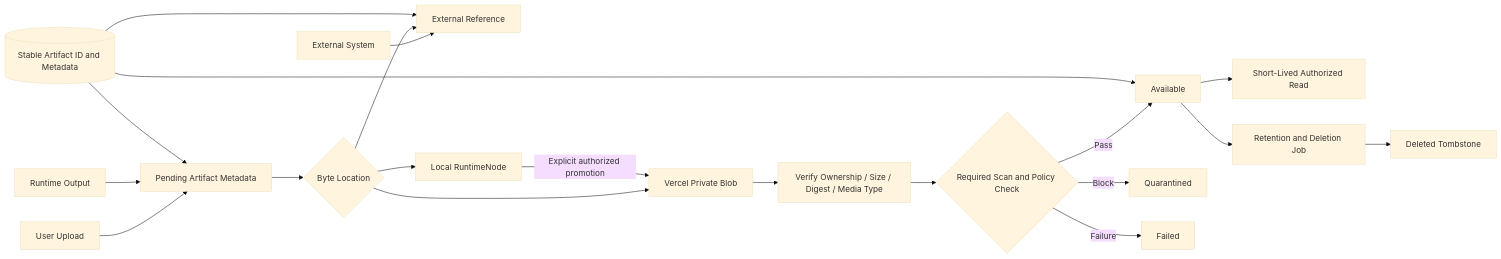
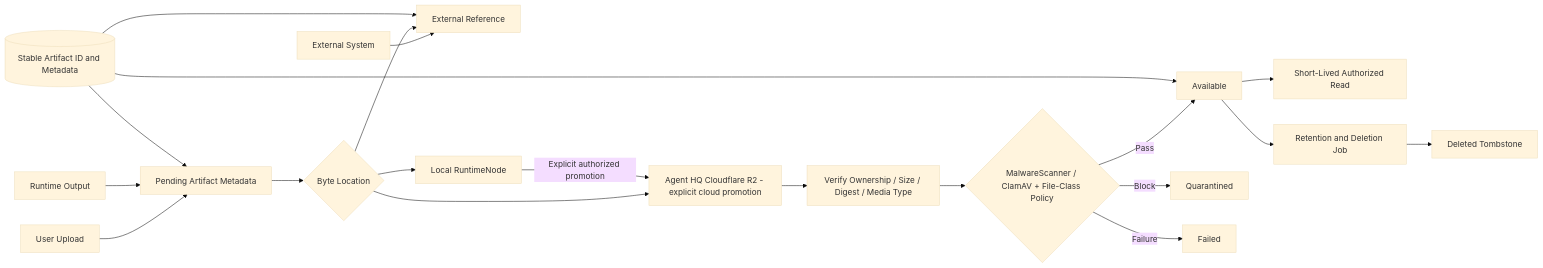
Before and after one commit to adea-ai/adea: diagram 17 of 18 in docs/architecture/diagram-sources.md, drawn with Mermaid (base theme). The commit also changed other lines of this file, not shown here.

Commit message:
docs: reconcile Agent HQ architecture diagrams with canonical source

````diff
--- a/docs/architecture/diagram-sources.md
+++ b/docs/architecture/diagram-sources.md
@@ -488,22 +575,22 @@
 ```mermaid
 flowchart LR
     U[User Upload] --> P[Pending Artifact Metadata]
     R[Runtime Output] --> P
     X[External System] --> ER[External Reference]
     P --> D{Byte Location}
     D --> L[Local RuntimeNode]
-    D --> C[Vercel Private Blob]
+    D --> C[Agent HQ Cloudflare R2 - explicit cloud promotion]
     D --> ER
     L -->|Explicit authorized promotion| C
     C --> V[Verify Ownership / Size / Digest / Media Type]
-    V --> S{Required Scan and Policy Check}
+    V --> S{MalwareScanner / ClamAV + File-Class Policy}
     S -->|Pass| A[Available]
     S -->|Block| Q[Quarantined]
     S -->|Failure| F[Failed]
     A --> DL[Short-Lived Authorized Read]
     A --> RET[Retention and Deletion Job]
     RET --> DEL[Deleted Tombstone]
     META[(Stable Artifact ID and Metadata)] --> P
     META --> ER
     META --> A
 ```
````
